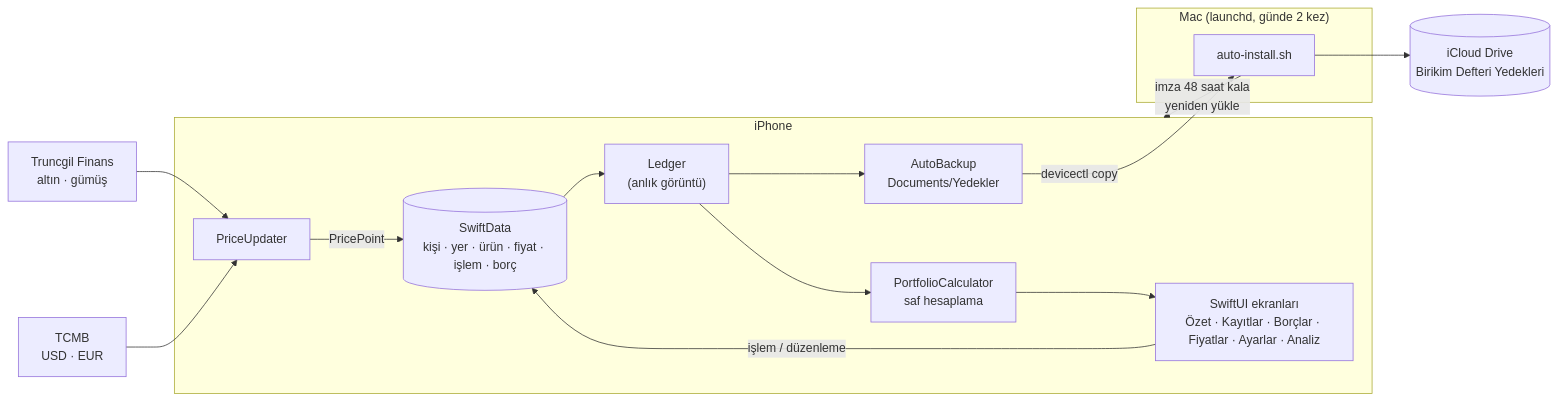
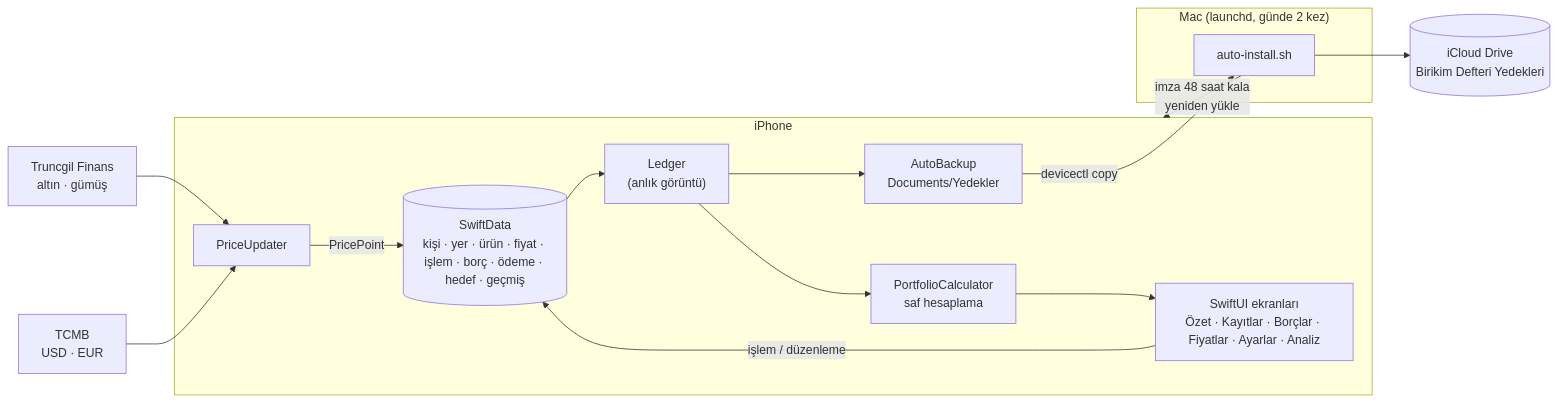
Before and after one commit to kadirtuna/BirikimDefteri: the second of 2 diagrams in README.md, drawn with Mermaid. The commit also changed other lines of this file and 31 other files, not shown here.

````diff
--- a/README.md
+++ b/README.md
@@ -253,22 +266,22 @@
 ```mermaid
 flowchart LR
     subgraph Cihaz["iPhone"]
-        SD[("SwiftData<br/>kişi · yer · ürün · fiyat · işlem · borç")]
+        SD[("SwiftData<br/>kişi · yer · ürün · fiyat · işlem · borç · ödeme · hedef · geçmiş")]
         L["Ledger<br/>(anlık görüntü)"]
         PC["PortfolioCalculator<br/>saf hesaplama"]
         UI["SwiftUI ekranları<br/>Özet · Kayıtlar · Borçlar · Fiyatlar · Ayarlar · Analiz"]
         PU["PriceUpdater"]
         AB["AutoBackup<br/>Documents/Yedekler"]
         SD --> L --> PC --> UI
         UI -- "işlem / düzenleme" --> SD
         PU -- "PricePoint" --> SD
         L --> AB
     end
     TR["Truncgil Finans<br/>altın · gümüş"] --> PU
     TC["TCMB<br/>USD · EUR"] --> PU
     subgraph Mac["Mac (launchd, günde 2 kez)"]
         AI["auto-install.sh"]
     end
     AB -- "devicectl copy" --> AI --> IC[("iCloud Drive<br/>Birikim Defteri Yedekleri")]
     AI -- "imza 48 saat kala<br/>yeniden yükle" --> Cihaz
 ```
````
